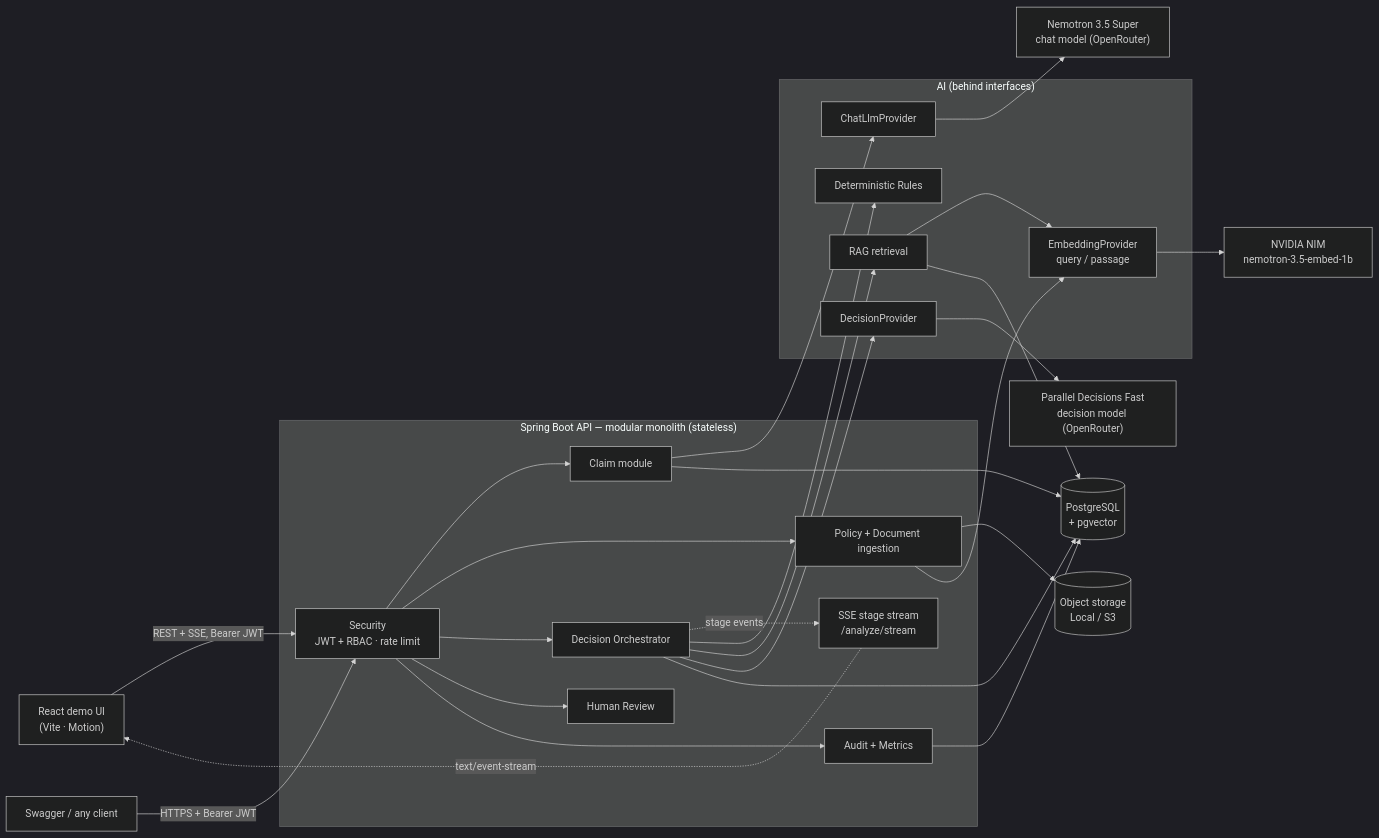
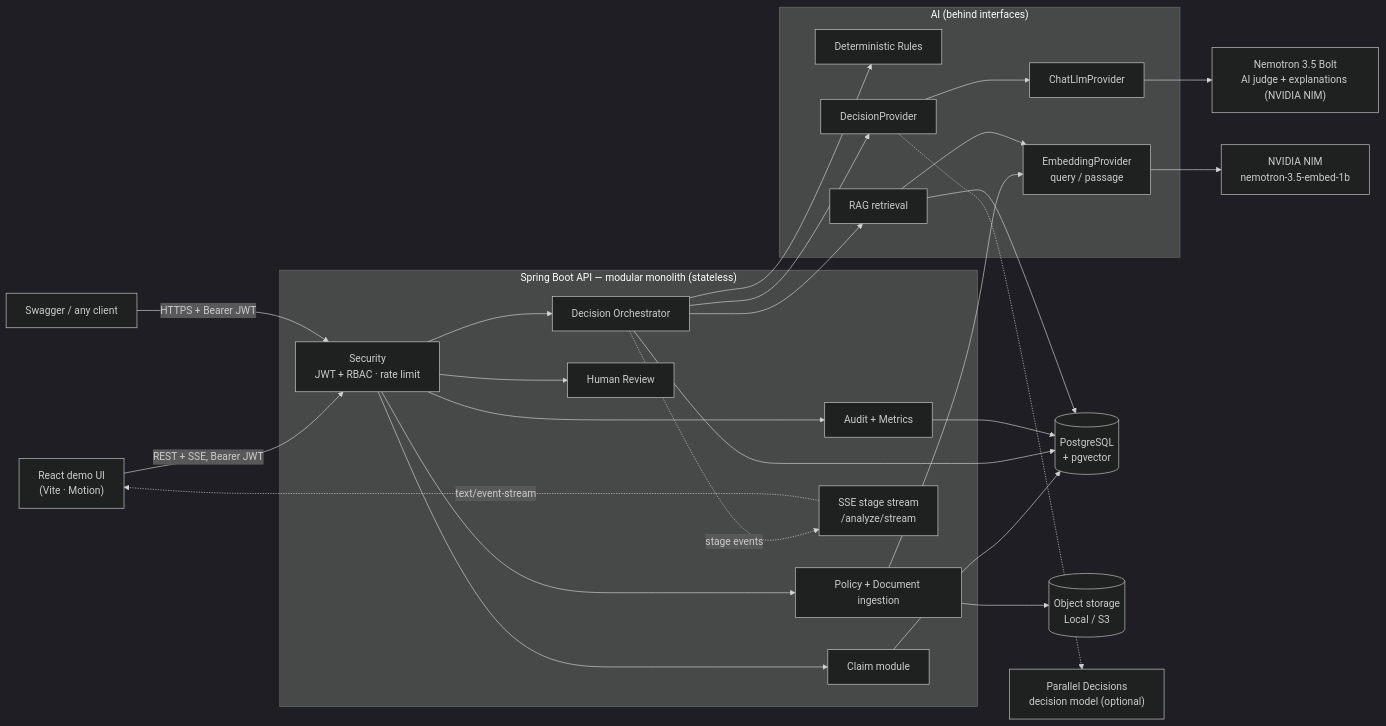
One commit to arshdeep3010/health-claim-decision-agent changed the first of 14 diagrams in PROJECT.md. Above: the diagram before and after it, drawn with Mermaid (dark theme). The commit also changed other lines of this file and 2 other files, not shown here.

Commit message:
Docs: AI judge is Nemotron 3.5 Bolt on NVIDIA NIM; decision model kept as an optional engine

````diff
--- a/PROJECT.md
+++ b/PROJECT.md
@@ -45,45 +45,45 @@
 ```mermaid
 flowchart LR
   ui["React demo UI<br/>(Vite · Motion)"]
   client["Swagger / any client"]
 
   subgraph app["Spring Boot API — modular monolith (stateless)"]
     sec["Security<br/>JWT + RBAC · rate limit"]
     claim["Claim module"]
     policy["Policy + Document ingestion"]
     orch["Decision Orchestrator"]
     sse["SSE stage stream<br/>/analyze/stream"]
     review["Human Review"]
     audit["Audit + Metrics"]
   end
 
   subgraph ai["AI (behind interfaces)"]
     rules["Deterministic Rules"]
     rag["RAG retrieval"]
     chat["ChatLlmProvider"]
     dprov["DecisionProvider"]
     emb["EmbeddingProvider<br/>query / passage"]
   end
 
   pg[("PostgreSQL<br/>+ pgvector")]
   store[("Object storage<br/>Local / S3")]
-  dm["Parallel Decisions Fast<br/>decision model (OpenRouter)"]
-  llm["Nemotron 3.5 Super<br/>chat model (OpenRouter)"]
+  llm["Nemotron 3.5 Bolt<br/>AI judge + explanations (NVIDIA NIM)"]
+  dm["Parallel Decisions<br/>decision model (optional)"]
   nim["NVIDIA NIM<br/>nemotron-3.5-embed-1b"]
 
   ui -->|"REST + SSE, Bearer JWT"| sec
   client -->|HTTPS + Bearer JWT| sec
   sec --> claim & policy & orch & review & audit
   orch -.->|"stage events"| sse
   sse -.->|"text/event-stream"| ui
   policy --> store
   policy --> emb
   orch --> rules
   orch --> rag --> emb --> nim
   rag --> pg
-  orch --> dprov --> dm
-  claim --> chat --> llm
+  orch --> dprov --> chat --> llm
+  dprov -.-> dm
   claim --> pg
   orch --> pg
   audit --> pg
 ```
````
